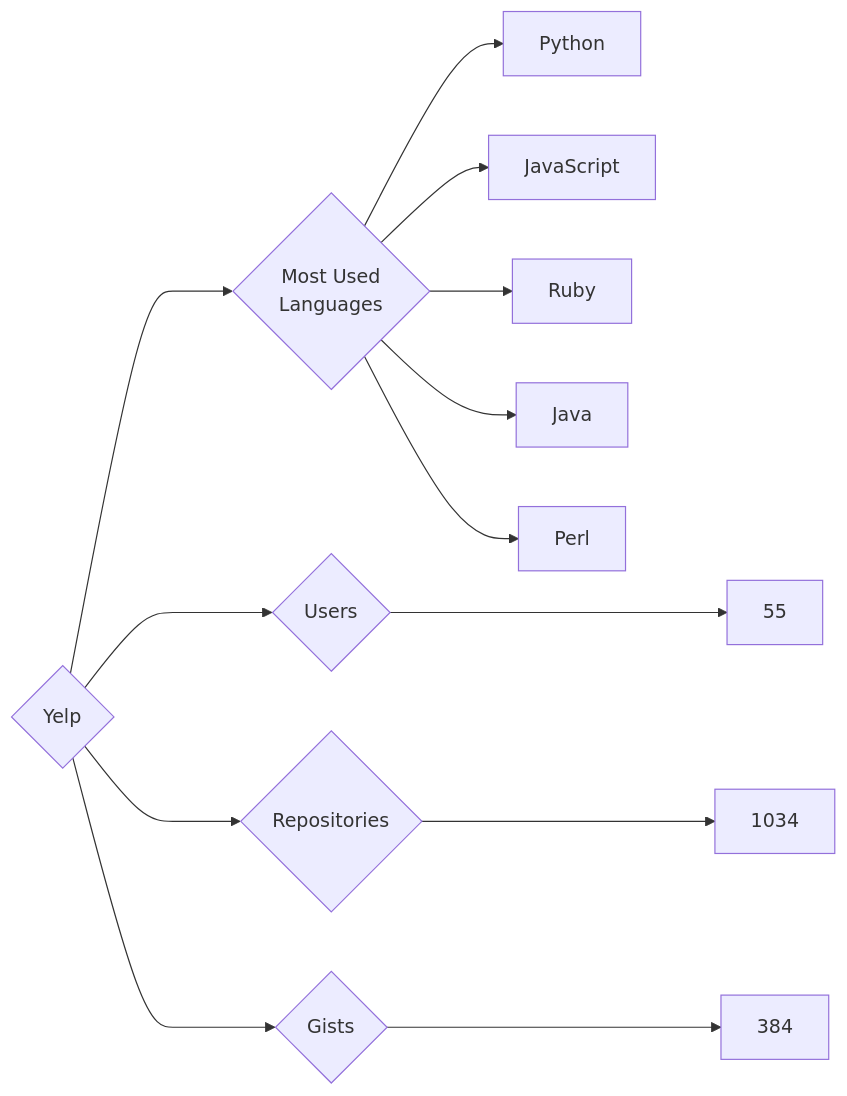
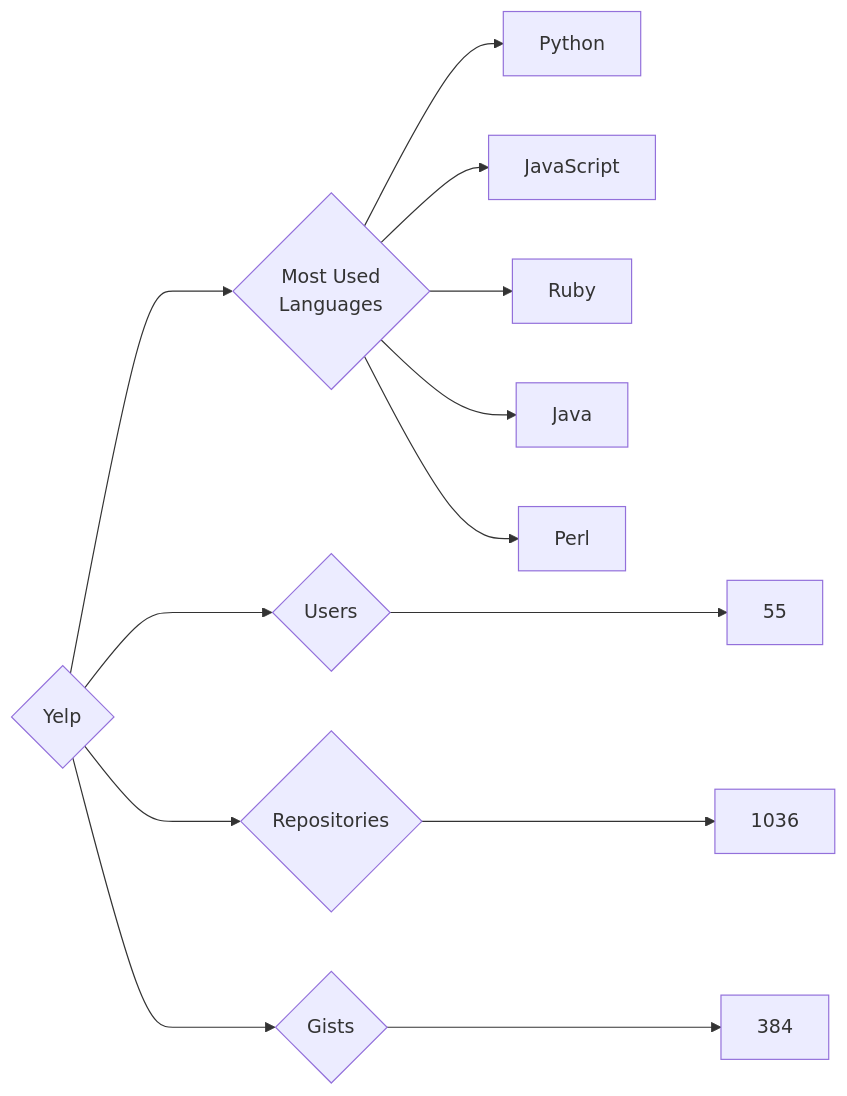
Before and after one commit to trickest/insiders: the diagram in targets/Yelp/README.md, drawn with Mermaid. The commit also changed 796 other files, not shown here.

````diff
--- a/targets/Yelp/README.md
+++ b/targets/Yelp/README.md
@@ -3,13 +3,13 @@
 ```mermaid
 graph LR
 COMPANY_NAME{Yelp}
 COMPANY_NAME ---> U{Users} ---> UN[55]
-COMPANY_NAME ---> R{Repositories} ---> RN[1034]
+COMPANY_NAME ---> R{Repositories} ---> RN[1036]
 COMPANY_NAME ---> G{Gists} ---> GN[384]
 COMPANY_NAME ---> ML{Most Used<br>Languages}
 ML --> Python[Python]
 ML --> JavaScript[JavaScript]
 ML --> Ruby[Ruby]
 ML --> Java[Java]
 ML --> Perl[Perl]
 ```
````
